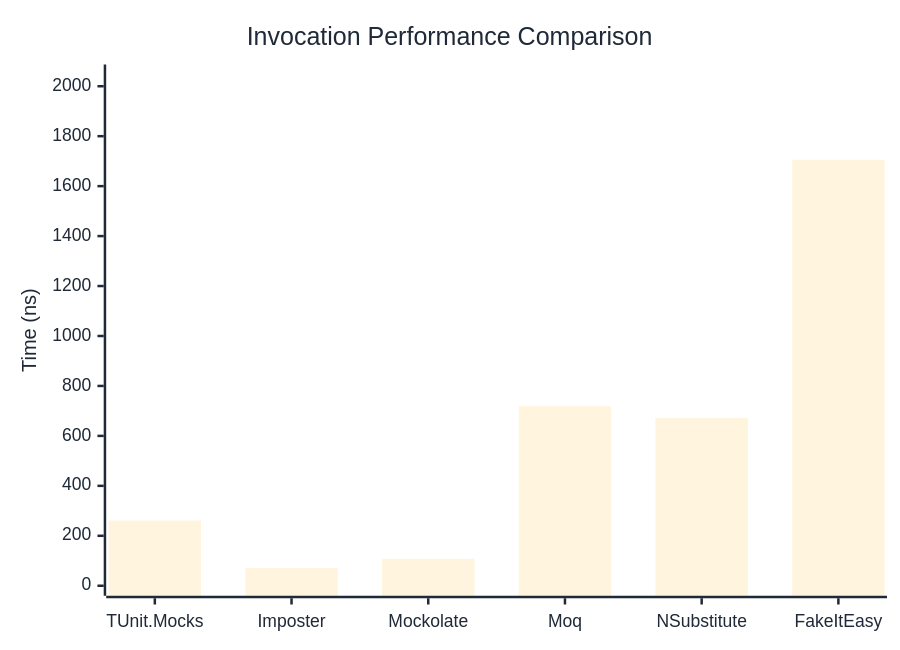
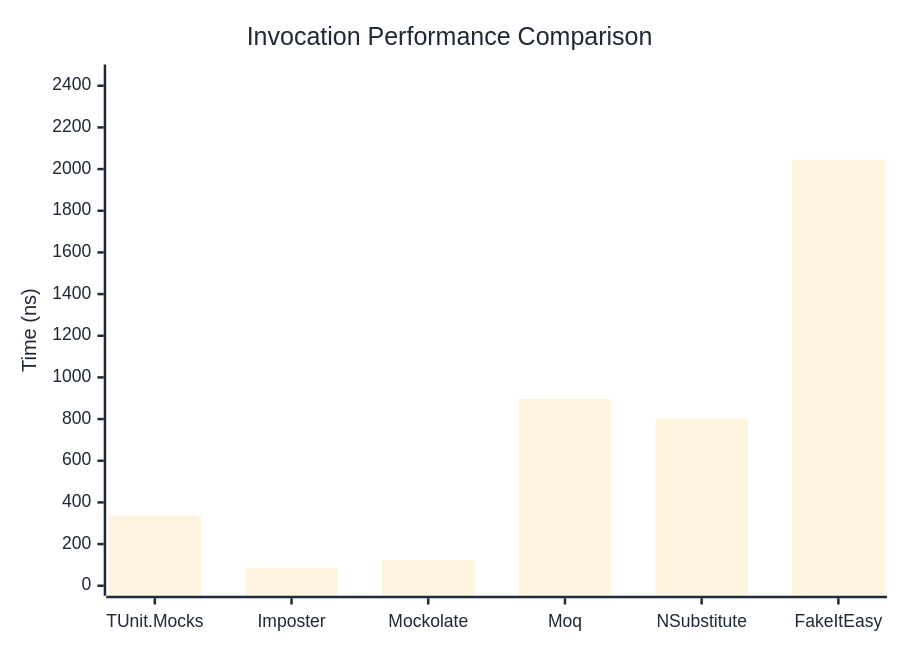
One commit to thomhurst/TUnit changed the first of 3 diagrams in docs/docs/benchmarks/mocks/Invocation.md. Above: the diagram before and after it, drawn with Mermaid. The commit also changed other lines of this file and 14 other files, not shown here.

````diff
--- a/docs/docs/benchmarks/mocks/Invocation.md
+++ b/docs/docs/benchmarks/mocks/Invocation.md
@@ -30,27 +30,27 @@
 ```mermaid
 %%{init: {
   'theme':'base',
   'themeVariables': {
     'primaryColor': '#2563eb',
     'primaryTextColor': '#1f2937',
     'primaryBorderColor': '#1e40af',
     'lineColor': '#6b7280',
     'secondaryColor': '#7c3aed',
     'tertiaryColor': '#dc2626',
     'background': '#ffffff',
     'pie1': '#2563eb',
     'pie2': '#7c3aed',
     'pie3': '#dc2626',
     'pie4': '#f59e0b',
     'pie5': '#10b981',
     'pie6': '#06b6d4',
     'pie7': '#ec4899',
     'pie8': '#6366f1'
   }
 }}%%
 xychart-beta
   title "Invocation Performance Comparison"
   x-axis ["TUnit.Mocks", "Imposter", "Mockolate", "Moq", "NSubstitute", "FakeItEasy"]
-  y-axis "Time (ns)" 0 --> 2047
-  bar [261.08, 70.51, 107.92, 718.82, 671.7, 1705.46]
+  y-axis "Time (ns)" 0 --> 2454
+  bar [335.55, 85.32, 123.28, 896.08, 802.33, 2044.73]
 ```
````
